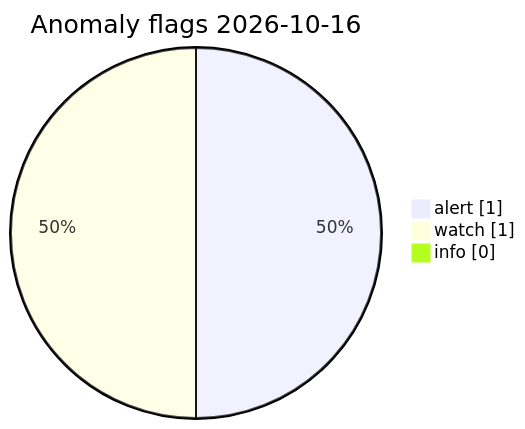
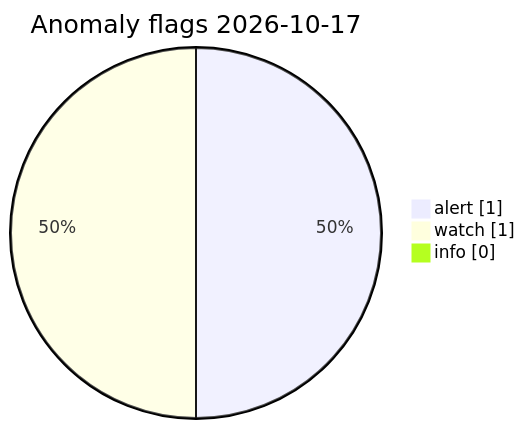
Before and after one commit to Midwest-Stratospheric/Unified-Open-Global-Weather: the diagram in visuals/latest/CHARTS.md, drawn with Mermaid. The commit also changed other lines of this file and 23 other files, not shown here.

Commit message:
data(visuals): automated charts 2026-10-17T08:58Z

````diff
--- a/visuals/latest/CHARTS.md
+++ b/visuals/latest/CHARTS.md
@@ -73,7 +73,7 @@
 ```mermaid
 pie showData
-  title Anomaly flags 2026-10-16
+  title Anomaly flags 2026-10-17
   "alert" : 1
   "watch" : 1
   "info" : 0
 ```
````
